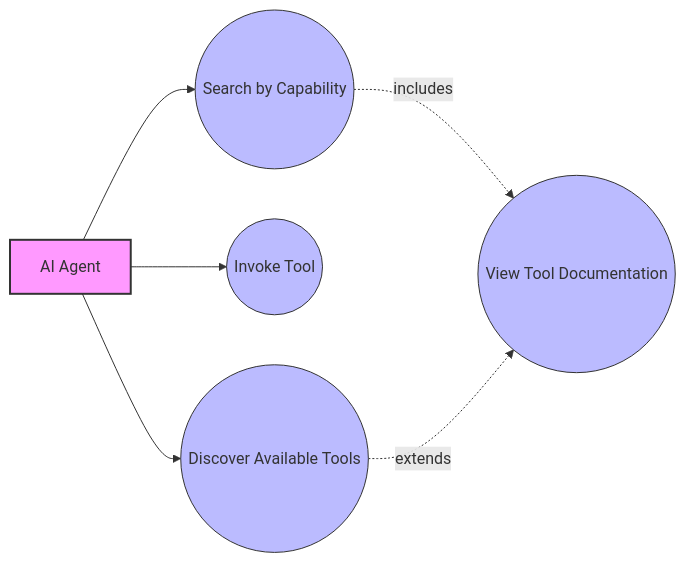
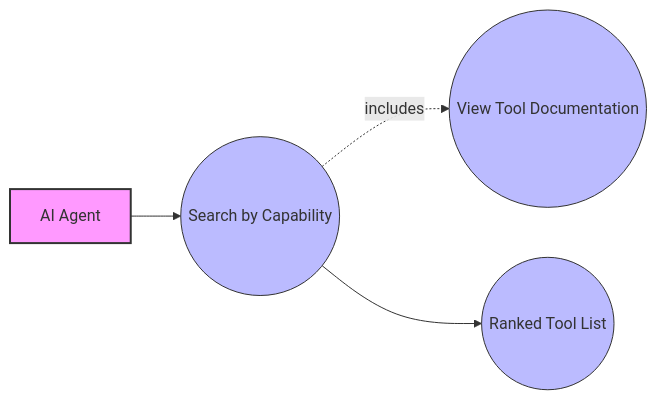
Before and after one commit to o2alexanderfedin/decentralized-mcp-registry: the third of 16 diagrams in use-cases.md, drawn with Mermaid. The commit also changed other lines of this file, not shown here.

Commit message:
Update use cases with comprehensive diagrams

````diff
--- a/use-cases.md
+++ b/use-cases.md
@@ -5,14 +54,11 @@
 ```mermaid
 graph LR
-    A[AI Agent] --> UC1((Discover Available Tools))
-    A --> UC2((Invoke Tool))
-    A --> UC3((Search by Capability))
-    UC3 -.includes.-> UC4((View Tool Documentation))
-    UC1 -.extends.-> UC4
+    A[AI Agent] --> UC1((Search by Capability))
+    UC1 -.includes.-> UC2((View Tool Documentation))
+    UC1 --> UC3((Ranked Tool List))
     
     style A fill:#f9f,stroke:#333,stroke-width:2px
     style UC1 fill:#bbf,stroke:#333,stroke-width:1px
     style UC2 fill:#bbf,stroke:#333,stroke-width:1px
     style UC3 fill:#bbf,stroke:#333,stroke-width:1px
-    style UC4 fill:#bbf,stroke:#333,stroke-width:1px
 ```
````
